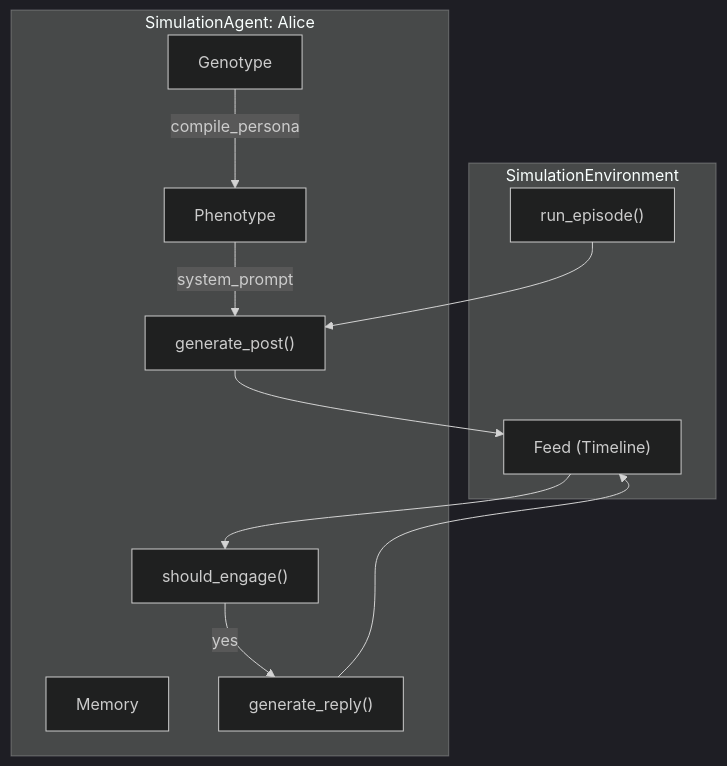
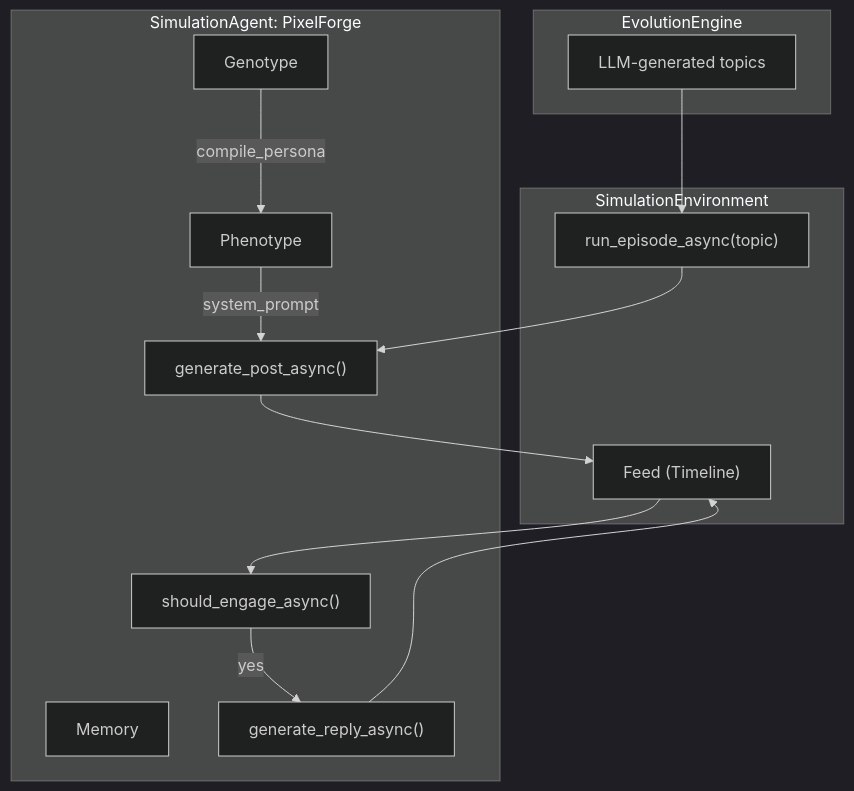
Before and after one commit to Keyhole-Koro/snackPersona: the first of 3 diagrams in simulation/README.md, drawn with Mermaid (dark theme). The commit also changed other lines of this file and 23 other files, not shown here.

````diff
--- a/simulation/README.md
+++ b/simulation/README.md
@@ -13,25 +13,30 @@
 ```mermaid
 graph TB
+    subgraph Engine["EvolutionEngine"]
+        Topics["LLM-generated topics"]
+    end
+
     subgraph Environment["SimulationEnvironment"]
         Feed["Feed (Timeline)"]
-        RunEp["run_episode()"]
+        RunEp["run_episode_async(topic)"]
     end
 
-    subgraph AgentA["SimulationAgent: Alice"]
+    subgraph AgentA["SimulationAgent: PixelForge"]
         GA["Genotype"]
         PA["Phenotype"]
         MA["Memory"]
-        PostA["generate_post()"]
-        EngageA["should_engage()"]
-        ReplyA["generate_reply()"]
+        PostA["generate_post_async()"]
+        EngageA["should_engage_async()"]
+        ReplyA["generate_reply_async()"]
     end
 
+    Topics --> RunEp
     RunEp --> PostA
     PostA --> Feed
     Feed --> EngageA
     EngageA -->|yes| ReplyA
     ReplyA --> Feed
 
     GA -->|compile_persona| PA
     PA -->|system_prompt| PostA
 ```
````
